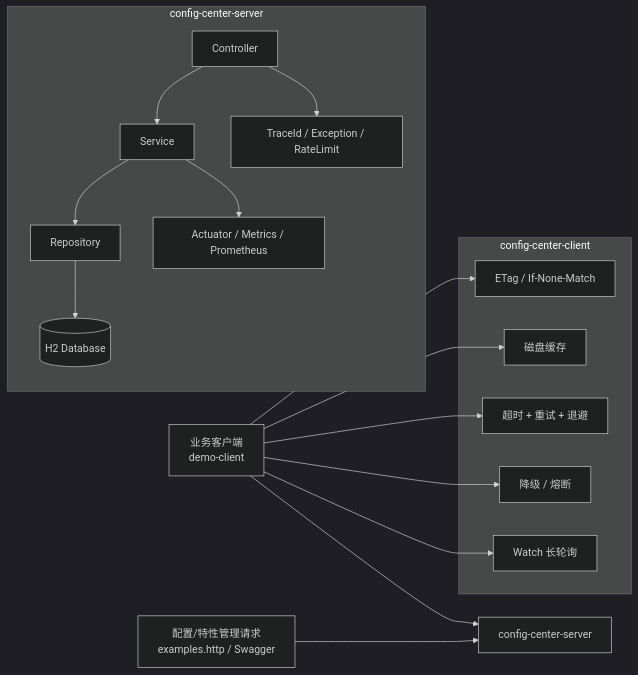
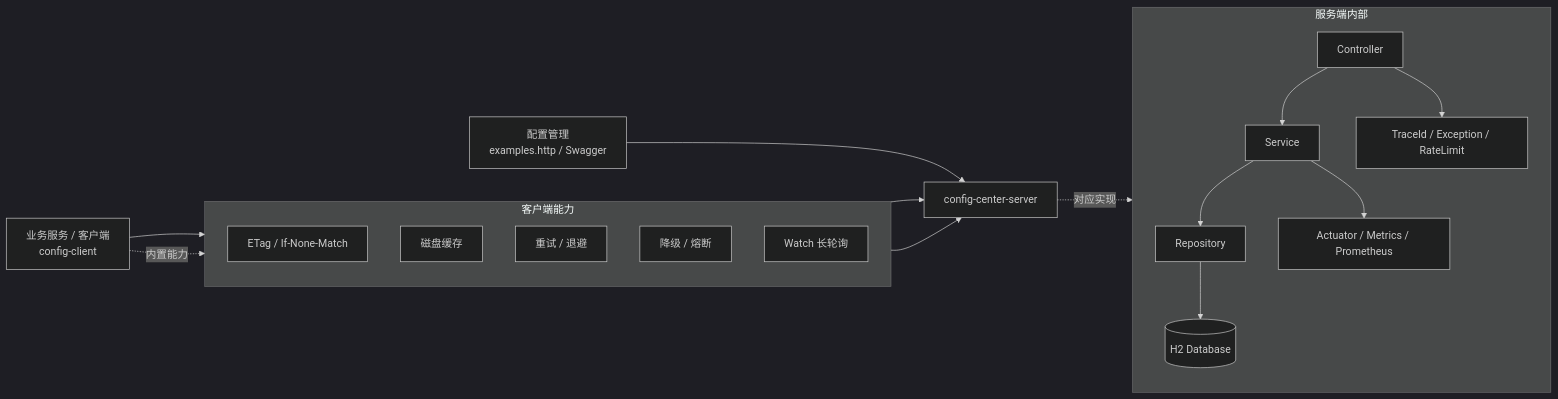
One commit to MyKr-YSteinsK/config-center changed the first of 3 diagrams in README.md. Above: the diagram before and after it, drawn with Mermaid (dark theme).

````diff
--- a/README.md
+++ b/README.md
@@ -178,34 +178,37 @@
 ```mermaid
 flowchart LR
-    A[配置/特性管理请求<br/>examples.http / Swagger] --> B[config-center-server]
-    C[业务客户端<br/>demo-client] --> B
+    A[配置管理<br/>examples.http / Swagger]
+    B[config-center-server]
+    C[业务服务 / 客户端<br/>config-client]
 
-    subgraph Server[config-center-server]
-        B1[Controller]
-        B2[Service]
-        B3[Repository]
-        B4[(H2 Database)]
-        B5[TraceId / Exception / RateLimit]
-        B6[Actuator / Metrics / Prometheus]
+    subgraph ServerSide[服务端内部]
+        direction TB
+        S1[Controller]
+        S2[Service]
+        S3[Repository]
+        S4[(H2 Database)]
+        S5[TraceId / Exception / RateLimit]
+        S6[Actuator / Metrics / Prometheus]
+        S1 --> S2
+        S2 --> S3
+        S3 --> S4
+        S1 --> S5
+        S2 --> S6
     end
 
-    B1 --> B2
-    B2 --> B3
-    B3 --> B4
-    B1 --> B5
-    B2 --> B6
-
-    subgraph Client[config-center-client]
+    subgraph ClientSide[客户端能力]
+        direction TB
         C1[ETag / If-None-Match]
         C2[磁盘缓存]
-        C3[超时 + 重试 + 退避]
+        C3[重试 / 退避]
         C4[降级 / 熔断]
         C5[Watch 长轮询]
     end
 
+    A --> B
     C --> C1
-    C --> C2
-    C --> C3
-    C --> C4
-    C --> C5
+    C1 --> B
+    C5 --> B
+    B -.对应实现.-> ServerSide
+    C -.内置能力.-> ClientSide
 ```
````
